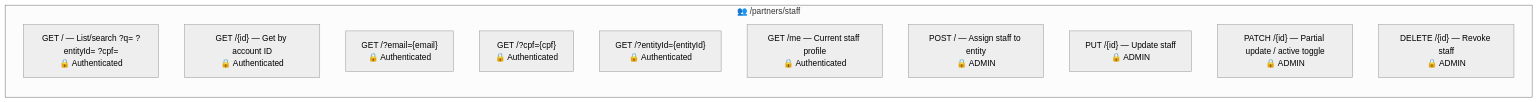
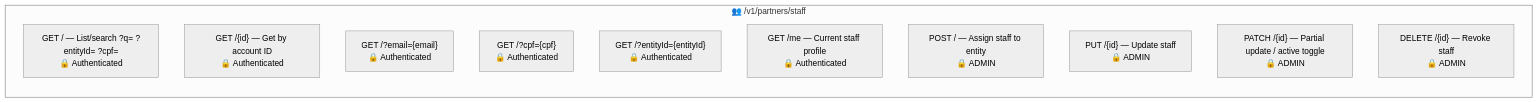
The third of 5 diagrams in src/main/java/br/org/catolicasc/pug/partner/README.md (Plataforma-Universidade-Gratuita/pug-service), drawn with Mermaid (neutral theme) before and after one commit. The commit also changed other lines of this file and 137 other files, not shown here.

````diff
--- a/src/main/java/br/org/catolicasc/pug/partner/README.md
+++ b/src/main/java/br/org/catolicasc/pug/partner/README.md
@@ -77,16 +77,16 @@
 ```mermaid
 graph LR
-    subgraph Staff["👥 /partners/staff"]
+    subgraph Staff["👥 /v1/partners/staff"]
         direction TB
         GET_LIST["GET / — List/search ?q= ?entityId= ?cpf=<br/>🔒 Authenticated"]
         GET_ID["GET /{id} — Get by account ID<br/>🔒 Authenticated"]
         GET_EMAIL["GET /?email={email}<br/>🔒 Authenticated"]
         GET_CPF["GET /?cpf={cpf}<br/>🔒 Authenticated"]
         GET_ENTITY["GET /?entityId={entityId}<br/>🔒 Authenticated"]
         GET_ME["GET /me — Current staff profile<br/>🔒 Authenticated"]
         POST["POST / — Assign staff to entity<br/>🔒 ADMIN"]
         PUT["PUT /{id} — Update staff<br/>🔒 ADMIN"]
         PATCH["PATCH /{id} — Partial update / active toggle<br/>🔒 ADMIN"]
         DELETE["DELETE /{id} — Revoke staff<br/>🔒 ADMIN"]
     end
 ```
````
